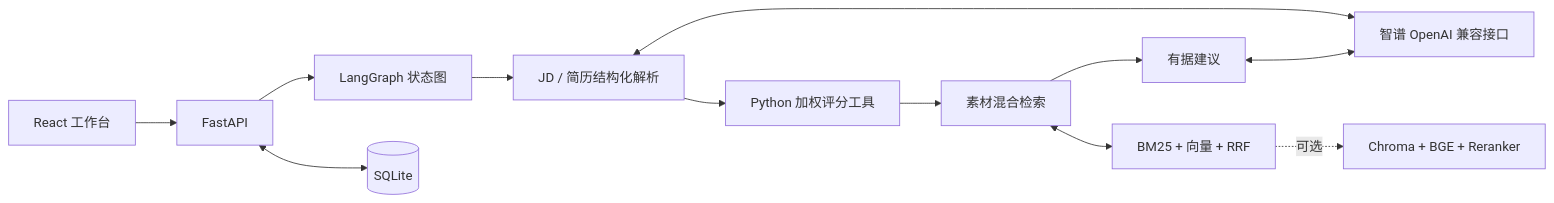
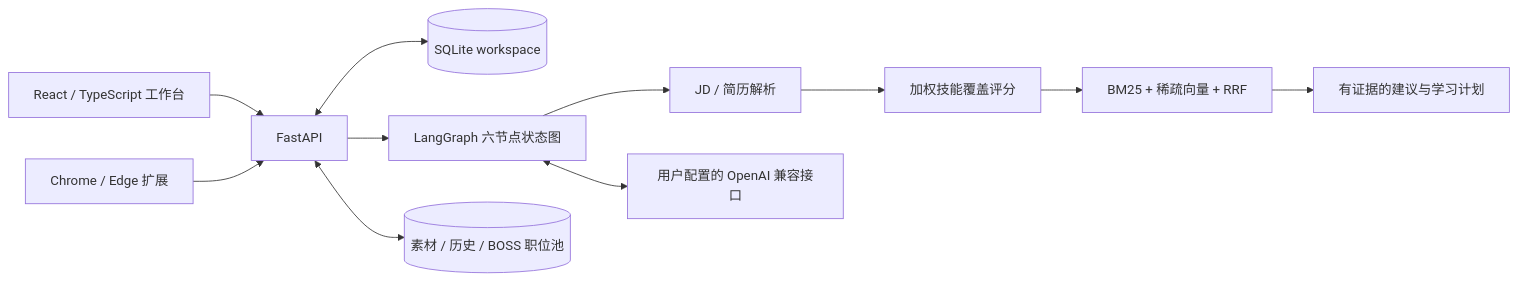
Before and after one commit to MaLEVEL/Jian_li: the diagram in README.md, drawn with Mermaid. The commit also changed other lines of this file and 9 other files, not shown here.

````diff
--- a/README.md
+++ b/README.md
@@ -28,14 +163,13 @@
 ```mermaid
 flowchart LR
-  UI[React 工作台] --> API[FastAPI]
-  API --> G[LangGraph 状态图]
-  G --> J[JD / 简历结构化解析]
-  J --> M[Python 加权评分工具]
-  M --> R[素材混合检索]
-  R --> A[有据建议]
-  J <--> L[智谱 OpenAI 兼容接口]
-  A <--> L
-  R <--> V[BM25 + 向量 + RRF]
-  V -. 可选 .-> B[Chroma + BGE + Reranker]
-  API <--> DB[(SQLite)]
+  UI[React / TypeScript 工作台] --> API[FastAPI]
+  API <--> WS[(SQLite workspace)]
+  API --> G[LangGraph 六节点状态图]
+  G --> P[JD / 简历解析]
+  P --> M[加权技能覆盖评分]
+  M --> R[BM25 + 稀疏向量 + RRF]
+  R --> A[有证据的建议与学习计划]
+  G <--> L[用户配置的 OpenAI 兼容接口]
+  API <--> DB[(素材 / 历史 / BOSS 职位池)]
+  EXT[Chrome / Edge 扩展] --> API
 ```
````
